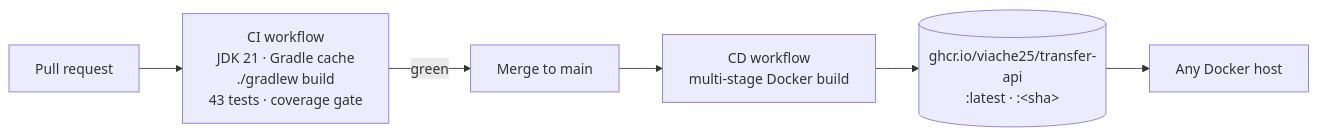
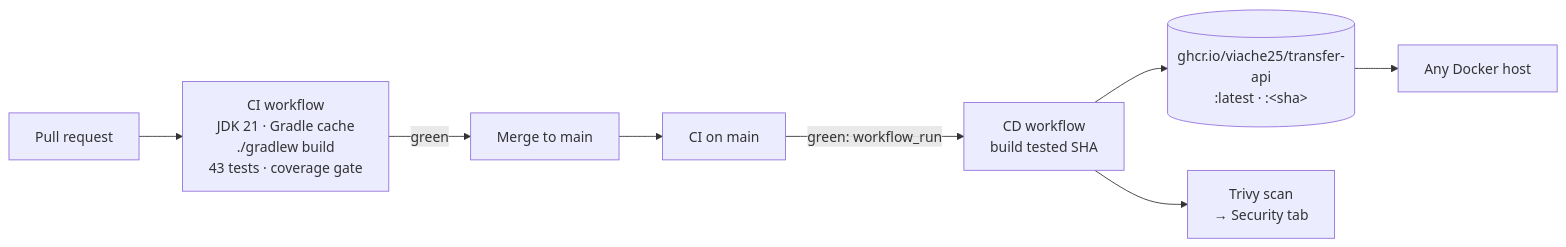
One commit to viache25/transfer-api changed the third of 3 diagrams in README.md. Above: the diagram before and after it, drawn with Mermaid. The commit also changed other lines of this file and 2 other files, not shown here.

First line of the commit message:
cd: publish only after green CI and scan the image with Trivy (#13)

````diff
--- a/README.md
+++ b/README.md
@@ -326,8 +326,10 @@
 ```mermaid
 flowchart LR
     PR[Pull request] --> CI["CI workflow<br/>JDK 21 · Gradle cache<br/>./gradlew build<br/>43 tests · coverage gate"]
     CI -->|green| M[Merge to main]
-    M --> CD["CD workflow<br/>multi-stage Docker build"]
+    M --> CI2["CI on main"]
+    CI2 -->|green: workflow_run| CD["CD workflow<br/>build tested SHA"]
     CD --> R[("ghcr.io/viache25/transfer-api<br/>:latest · :&lt;sha&gt;")]
+    CD --> T["Trivy scan<br/>→ Security tab"]
     R --> S[Any Docker host]
 ```
````
